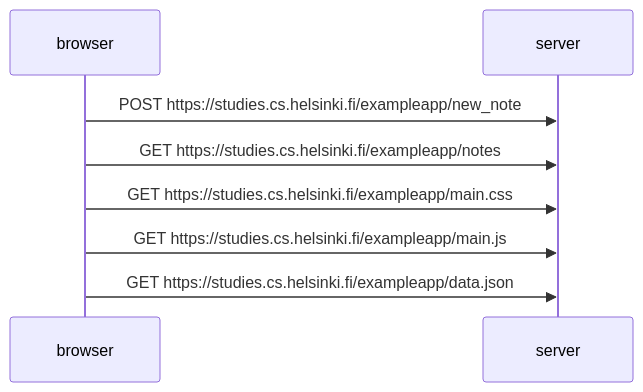
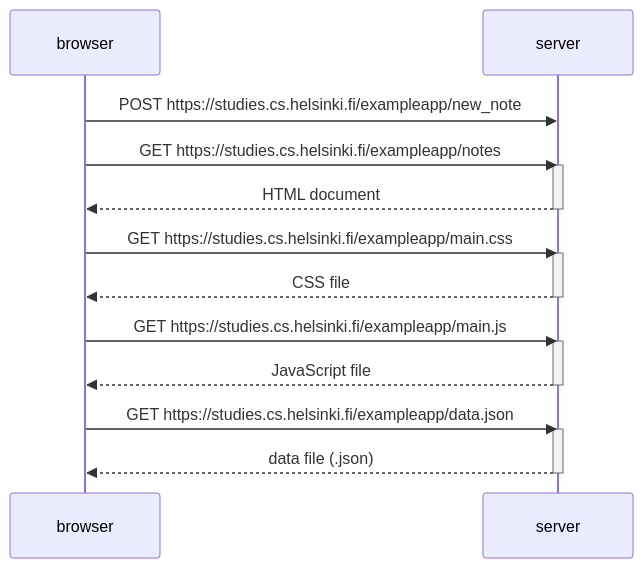
Before and after one commit to qcc42/fullstackopen: the diagram in part0/0.4.md, drawn with Mermaid.

Commit message:
Added more details to the solution.

````diff
--- a/part0/0.4.md
+++ b/part0/0.4.md
@@ -1,13 +1,28 @@
 ```mermaid
 sequenceDiagram
     participant browser
     participant server
 
     browser->>server: POST https://studies.cs.helsinki.fi/exampleapp/new_note
 
     browser->>server: GET https://studies.cs.helsinki.fi/exampleapp/notes
+    activate server
+    server-->>browser: HTML document
+    deactivate server
+
     browser->>server: GET https://studies.cs.helsinki.fi/exampleapp/main.css
+    activate server
+    server -->> browser: CSS file
+    deactivate server
+
     browser->>server: GET https://studies.cs.helsinki.fi/exampleapp/main.js
+    activate server
+    server -->> browser: JavaScript file
+    deactivate server
+
     browser->>server: GET https://studies.cs.helsinki.fi/exampleapp/data.json
+    activate server
+    server -->> browser: data file (.json)
+    deactivate server
 
 ```
````
